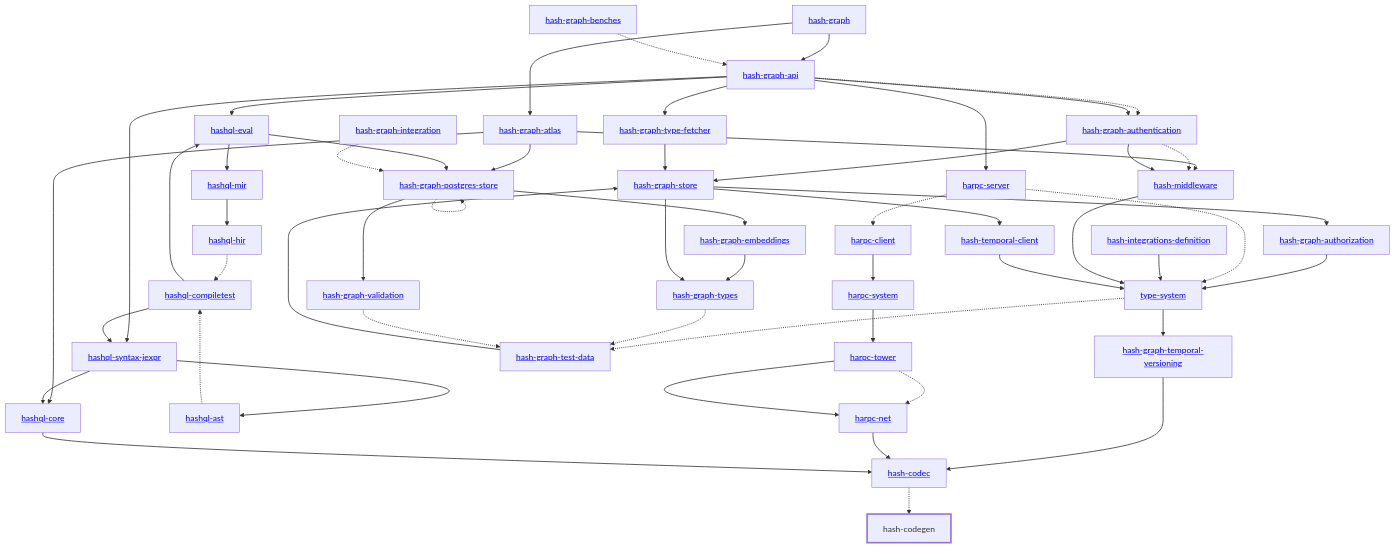
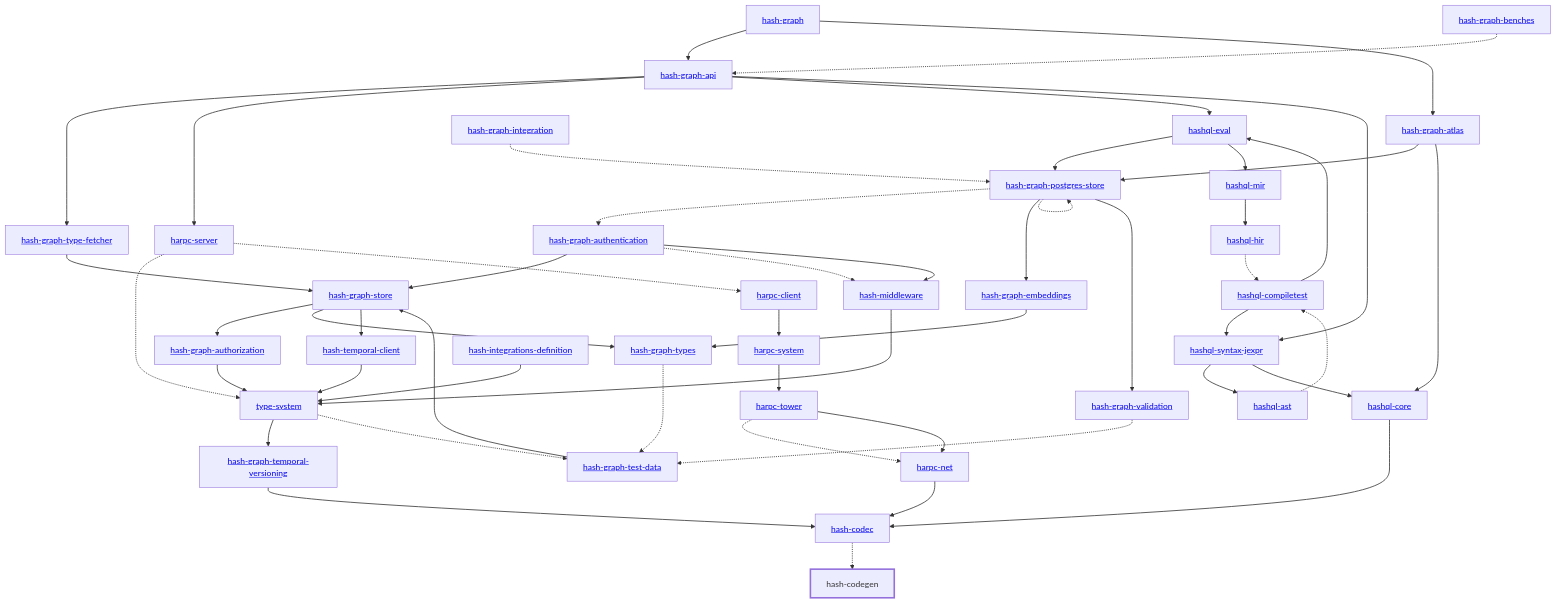
One commit to hashintel/hash changed the diagram in libs/@local/codegen/docs/dependency-diagram.mmd. Above: the diagram before and after it, drawn with Mermaid. The commit also changed 47 other files, not shown here.

Commit message:
Authenticate public Graph API requests with API tokens

```diff
--- a/libs/@local/codegen/docs/dependency-diagram.mmd
+++ b/libs/@local/codegen/docs/dependency-diagram.mmd
@@ -1,96 +1,94 @@
 graph TD
     linkStyle default stroke-width:1.5px
     classDef default stroke-width:1px
     classDef root stroke-width:3px
     classDef dev stroke-width:1px
     classDef build stroke-width:1px
     %% Legend
     %% --> : Normal dependency
     %% -.-> : Dev dependency
     %% ---> : Build dependency
     0[<a href="../hash_graph/index.html">hash-graph</a>]
     1[<a href="../type_system/index.html">type-system</a>]
     2[<a href="../hash_codec/index.html">hash-codec</a>]
     3[hash-codegen]
     class 3 root
     4[<a href="../hash_graph_api/index.html">hash-graph-api</a>]
     5[<a href="../hash_graph_atlas/index.html">hash-graph-atlas</a>]
     6[<a href="../hash_graph_authentication/index.html">hash-graph-authentication</a>]
     7[<a href="../hash_graph_authorization/index.html">hash-graph-authorization</a>]
     8[<a href="../hash_graph_embeddings/index.html">hash-graph-embeddings</a>]
     9[<a href="../hash_graph_postgres_store/index.html">hash-graph-postgres-store</a>]
     10[<a href="../hash_graph_store/index.html">hash-graph-store</a>]
     11[<a href="../hash_graph_temporal_versioning/index.html">hash-graph-temporal-versioning</a>]
     12[<a href="../hash_graph_type_fetcher/index.html">hash-graph-type-fetcher</a>]
     13[<a href="../hash_graph_types/index.html">hash-graph-types</a>]
     14[<a href="../hash_graph_validation/index.html">hash-graph-validation</a>]
     15[<a href="../harpc_client/index.html">harpc-client</a>]
     16[<a href="../harpc_net/index.html">harpc-net</a>]
     17[<a href="../harpc_server/index.html">harpc-server</a>]
     18[<a href="../harpc_system/index.html">harpc-system</a>]
     19[<a href="../harpc_tower/index.html">harpc-tower</a>]
     20[<a href="../hashql_ast/index.html">hashql-ast</a>]
     21[<a href="../hashql_compiletest/index.html">hashql-compiletest</a>]
     22[<a href="../hashql_core/index.html">hashql-core</a>]
     23[<a href="../hashql_eval/index.html">hashql-eval</a>]
     24[<a href="../hashql_hir/index.html">hashql-hir</a>]
     25[<a href="../hashql_mir/index.html">hashql-mir</a>]
     26[<a href="../hashql_syntax_jexpr/index.html">hashql-syntax-jexpr</a>]
     27[<a href="../hash_integrations_definition/index.html">hash-integrations-definition</a>]
     28[<a href="../hash_middleware/index.html">hash-middleware</a>]
     29[<a href="../hash_temporal_client/index.html">hash-temporal-client</a>]
     30[<a href="../hash_graph_benches/index.html">hash-graph-benches</a>]
     31[<a href="../hash_graph_integration/index.html">hash-graph-integration</a>]
     32[<a href="../hash_graph_test_data/index.html">hash-graph-test-data</a>]
     0 --> 4
     0 --> 5
     1 --> 11
     1 -.-> 32
     2 -.-> 3
-    4 -.-> 6
-    4 --> 6
     4 --> 12
     4 --> 17
     4 --> 23
     4 --> 26
     5 --> 9
     5 --> 22
-    5 --> 28
     6 --> 10
     6 -.-> 28
     6 --> 28
     7 --> 1
     8 --> 13
+    9 -.-> 6
     9 --> 8
     9 -.-> 9
     9 --> 14
     10 --> 7
     10 --> 13
     10 --> 29
     11 --> 2
     12 --> 10
     13 -.-> 32
     14 -.-> 32
     15 --> 18
     16 --> 2
     17 -.-> 1
     17 -.-> 15
     18 --> 19
     19 -.-> 16
     19 --> 16
     20 -.-> 21
     21 --> 23
     21 --> 26
     22 --> 2
     23 --> 9
     23 --> 25
     24 -.-> 21
     25 --> 24
     26 --> 20
     26 --> 22
     27 --> 1
     28 --> 1
     29 --> 1
     30 -.-> 4
     31 -.-> 9
     32 --> 10
```
